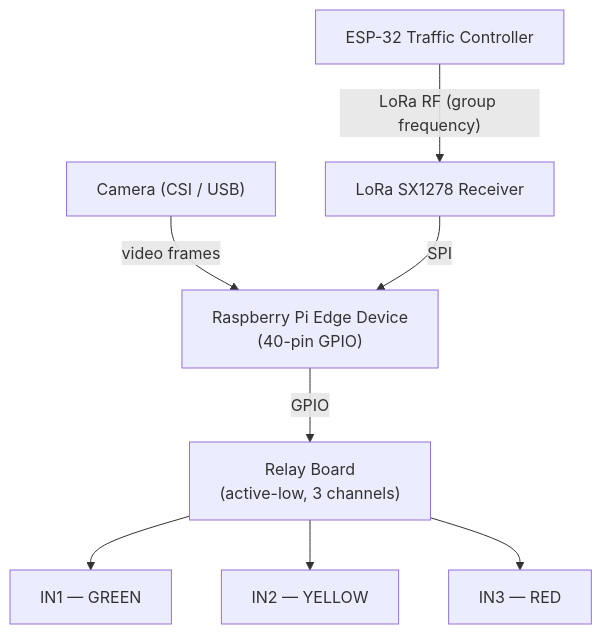
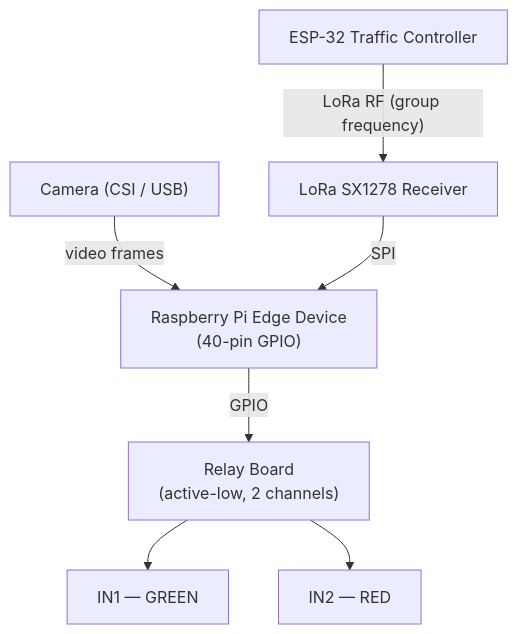
The first of 2 diagrams in docs/edge-device.md (vclane/vclane-docs), drawn with Mermaid before and after one commit. The commit also changed other lines of this file and 2 other files, not shown here.

Commit message:
docs: switch to 2-channel relay (green/red only)

````diff
--- a/docs/edge-device.md
+++ b/docs/edge-device.md
@@ -9,10 +9,9 @@
 ```mermaid
 graph TD
     ESP32["ESP-32 Traffic Controller"] -->|"LoRa RF (group frequency)"| LORA["LoRa SX1278 Receiver"]
     CAM["Camera (CSI / USB)"] -->|"video frames"| PI["Raspberry Pi Edge Device<br/>(40-pin GPIO)"]
     LORA -->|"SPI"| PI
-    PI -->|"GPIO"| RELAY["Relay Board<br/>(active-low, 3 channels)"]
+    PI -->|"GPIO"| RELAY["Relay Board<br/>(active-low, 2 channels)"]
     RELAY --> IN1["IN1 — GREEN"]
-    RELAY --> IN2["IN2 — YELLOW"]
-    RELAY --> IN3["IN3 — RED"]
+    RELAY --> IN2["IN2 — RED"]
 ```
````
